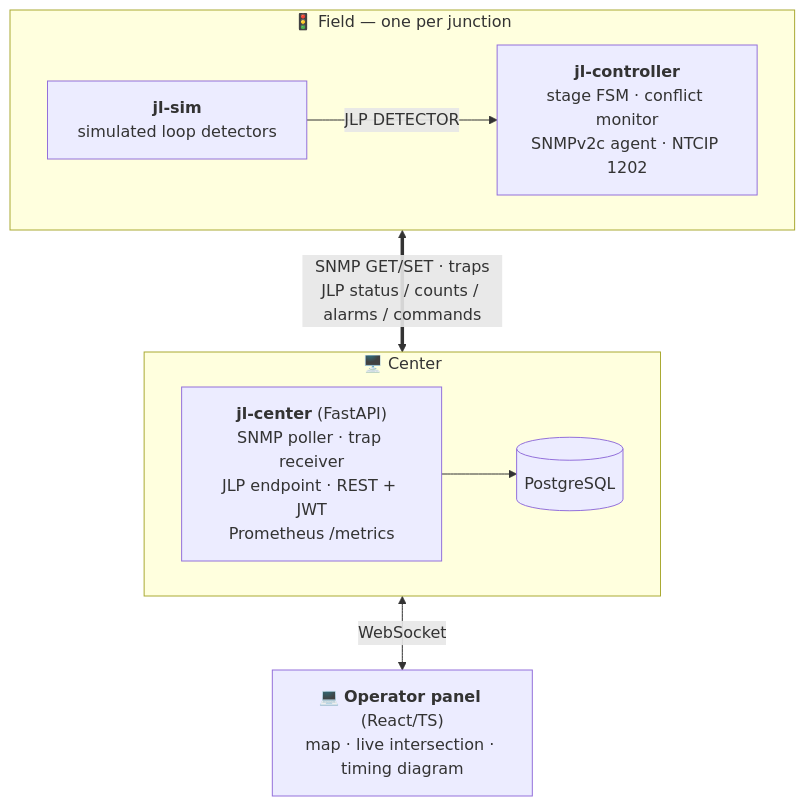
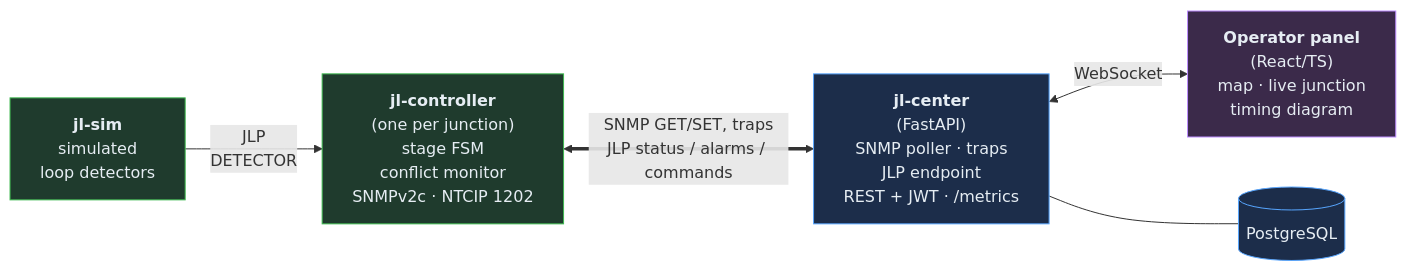
One commit to umurozu/junction-lab changed the diagram in README.md. Above: the diagram before and after it, drawn with Mermaid. The commit also changed 1 other file, not shown here.

Commit message:
Architecture diagram: single left-to-right flow

````diff
--- a/README.md
+++ b/README.md
@@ -13,21 +13,20 @@
 ```mermaid
-flowchart TB
-    subgraph FIELD["🚦 Field — one per junction"]
-        direction LR
-        SIM["<b>jl-sim</b><br/>simulated loop detectors"]
-        CTRL["<b>jl-controller</b><br/>stage FSM · conflict monitor<br/>SNMPv2c agent · NTCIP 1202"]
-        SIM -->|JLP DETECTOR| CTRL
-    end
+flowchart LR
+    SIM["<b>jl-sim</b><br/>simulated<br/>loop detectors"]
+    CTRL["<b>jl-controller</b><br/>(one per junction)<br/>stage FSM<br/>conflict monitor<br/>SNMPv2c · NTCIP 1202"]
+    API["<b>jl-center</b><br/>(FastAPI)<br/>SNMP poller · traps<br/>JLP endpoint<br/>REST + JWT · /metrics"]
+    UI["<b>Operator panel</b><br/>(React/TS)<br/>map · live junction<br/>timing diagram"]
+    DB[("PostgreSQL")]
 
-    subgraph CENTER["🖥️ Center"]
-        direction LR
-        API["<b>jl-center</b> (FastAPI)<br/>SNMP poller · trap receiver<br/>JLP endpoint · REST + JWT<br/>Prometheus /metrics"]
-        DB[("PostgreSQL")]
-        API --> DB
-    end
+    SIM -->|JLP<br/>DETECTOR| CTRL
+    CTRL <==>|"SNMP GET/SET, traps<br/>JLP status / alarms / commands"| API
+    API <-->|WebSocket| UI
+    API --- DB
 
-    UI["💻 <b>Operator panel</b> (React/TS)<br/>map · live intersection · timing diagram"]
-
-    CTRL <==>|"SNMP GET/SET · traps<br/>JLP status / counts / alarms / commands"| API
-    API <-->|WebSocket| UI
+    classDef field fill:#1f3b2d,stroke:#3fb950,color:#e6edf3
+    classDef center fill:#1c2d4a,stroke:#58a6ff,color:#e6edf3
+    classDef ui fill:#3b2a4a,stroke:#bc8cff,color:#e6edf3
+    class SIM,CTRL field
+    class API,DB center
+    class UI ui
 ```
````
